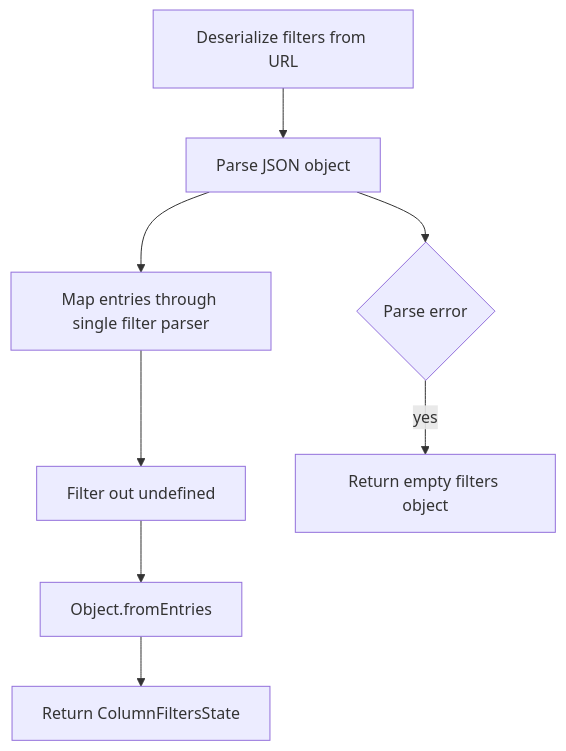
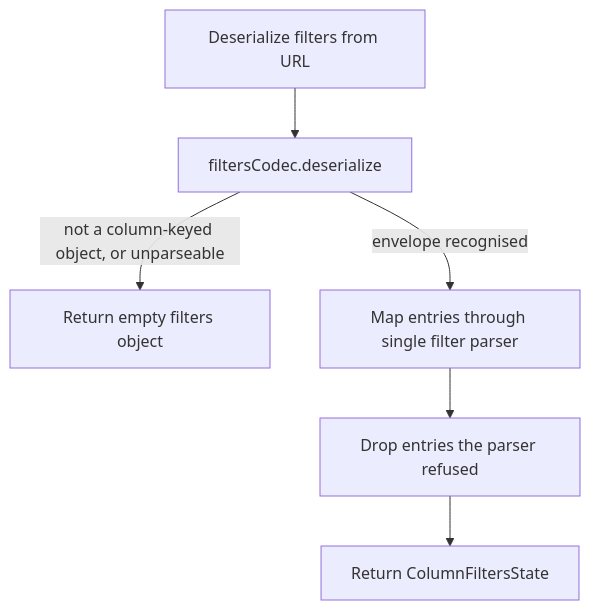
Before and after one commit to luciocabrera/lcabrera-stack: diagram 11 of 11 in packages/ui/src/utils/urlState/ARCHITECTURE.md, drawn with Mermaid. The commit also changed other lines of this file and 22 other files, not shown here.

First line of the commit message:
feat(ui): a closed-vocabulary URL state codec (#630)

````diff
--- a/packages/ui/src/utils/urlState/ARCHITECTURE.md
+++ b/packages/ui/src/utils/urlState/ARCHITECTURE.md
@@ -241,10 +380,8 @@
 ```mermaid
 flowchart TD
-  A[Deserialize filters from URL] --> B[Parse JSON object]
-  B --> C[Map entries through single filter parser]
-  C --> D[Filter out undefined]
-  D --> E[Object.fromEntries]
+  A[Deserialize filters from URL] --> B[filtersCodec.deserialize]
+  B -- not a column-keyed object, or unparseable --> C[Return empty filters object]
+  B -- envelope recognised --> D[Map entries through single filter parser]
+  D --> E[Drop entries the parser refused]
   E --> F[Return ColumnFiltersState]
-  B --> G{Parse error}
-  G -- yes --> H[Return empty filters object]
 ```
````
